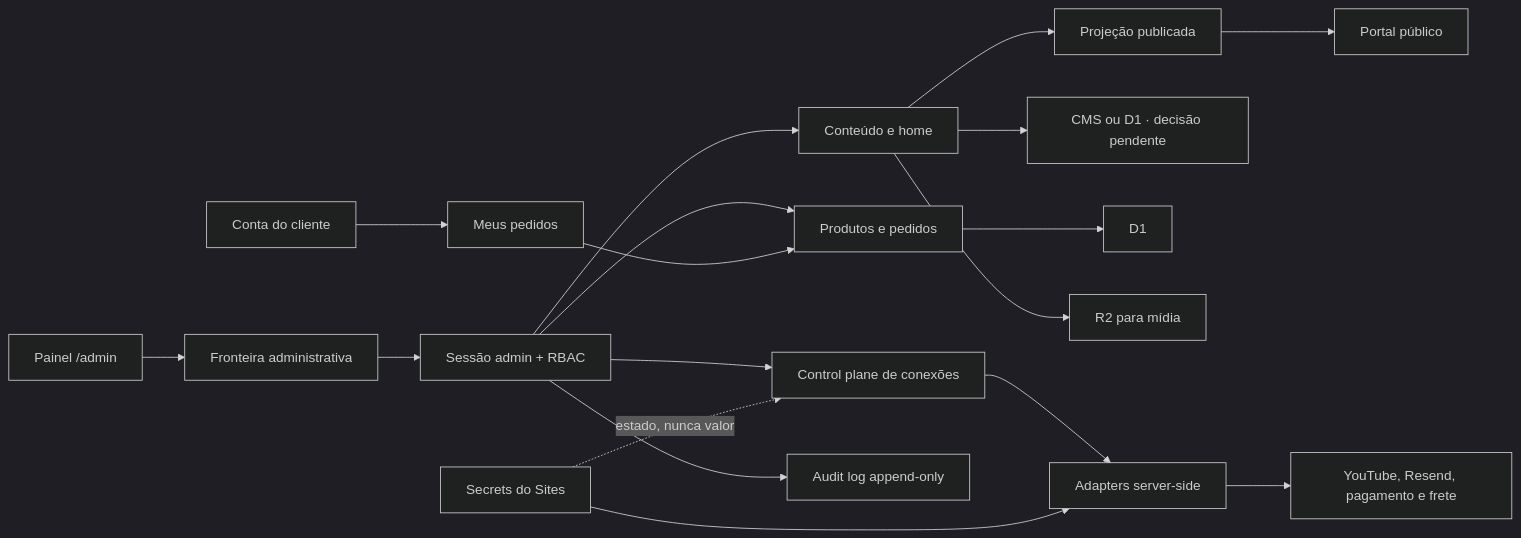
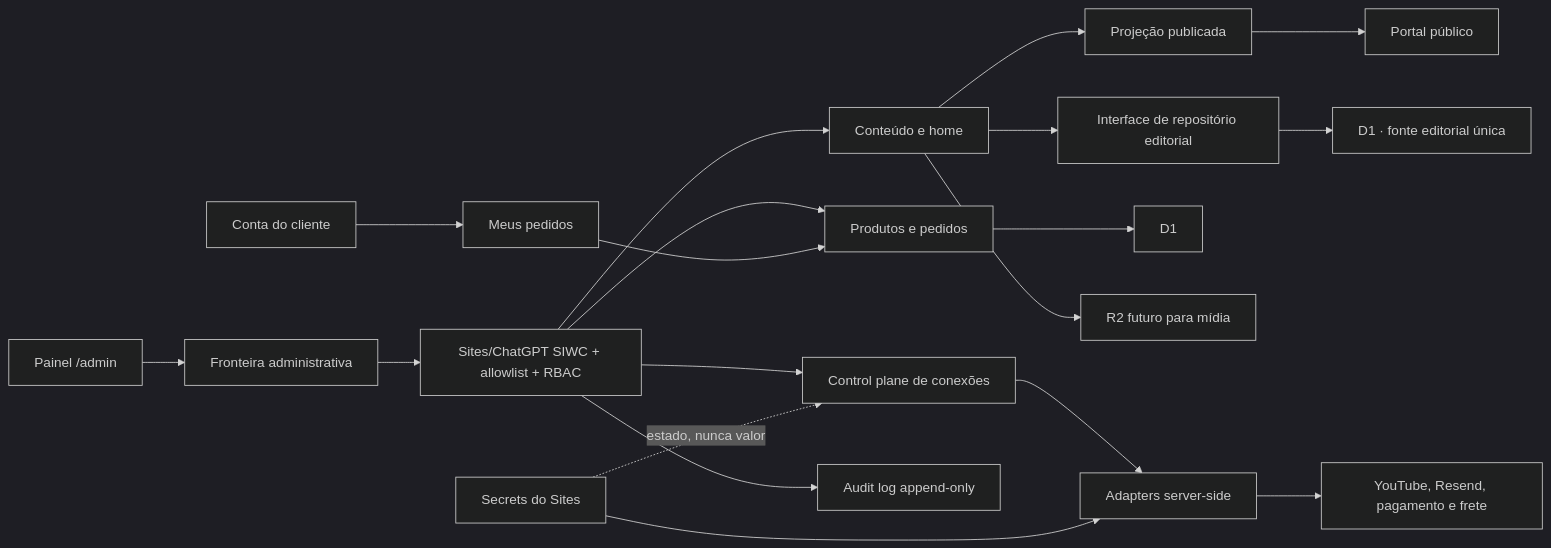
Before and after one commit to edubertin/blog-do-carro: the diagram in docs/specs/admin-control-plane.md, drawn with Mermaid (dark theme). The commit also changed other lines of this file and 24 other files, not shown here.

````diff
--- a/docs/specs/admin-control-plane.md
+++ b/docs/specs/admin-control-plane.md
@@ -65,20 +66,21 @@
 ```mermaid
 flowchart LR
   Admin["Painel /admin"] --> Boundary["Fronteira administrativa"]
-  Boundary --> Auth["Sessão admin + RBAC"]
+  Boundary --> Auth["Sites/ChatGPT SIWC + allowlist + RBAC"]
   Auth --> Content["Conteúdo e home"]
   Auth --> Commerce["Produtos e pedidos"]
   Auth --> Control["Control plane de conexões"]
   Content --> Published["Projeção publicada"]
   Published --> Portal["Portal público"]
-  Content --> EditorialStore["CMS ou D1 · decisão pendente"]
+  Content --> Repository["Interface de repositório editorial"]
+  Repository --> EditorialStore["D1 · fonte editorial única"]
   Commerce --> D1
-  Content --> R2["R2 para mídia"]
+  Content --> R2["R2 futuro para mídia"]
   Control --> Adapters["Adapters server-side"]
   Secrets["Secrets do Sites"] -. "estado, nunca valor" .-> Control
   Secrets --> Adapters
   Adapters --> External["YouTube, Resend, pagamento e frete"]
   Auth --> Audit["Audit log append-only"]
   Customer["Conta do cliente"] --> Orders["Meus pedidos"]
   Orders --> Commerce
 ```
````
